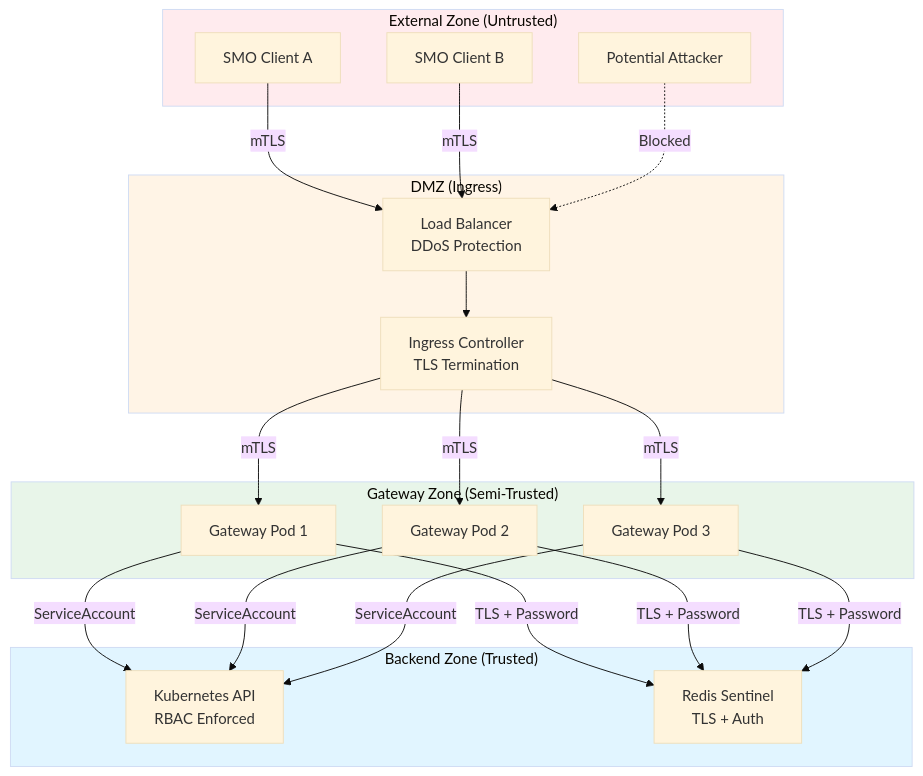
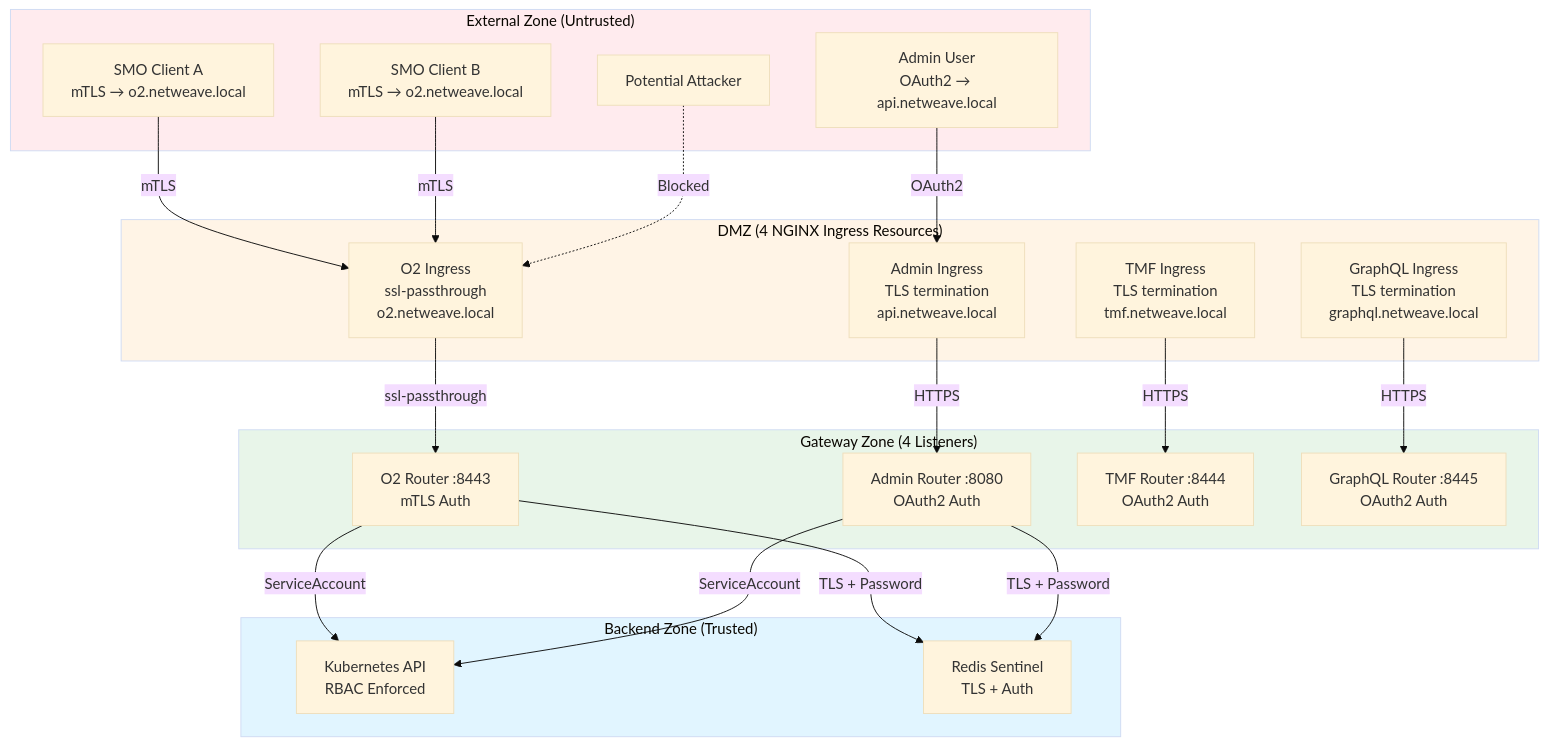
The third of 7 diagrams in docs/security/architecture.md (piwi3910/netweave), drawn with Mermaid (base theme) before and after one commit. The commit also changed other lines of this file and 7 other files, not shown here.

First line of the commit message:
[Docs] Update documentation for multi-port gateway architecture

````diff
--- a/docs/security/architecture.md
+++ b/docs/security/architecture.md
@@ -182,43 +201,46 @@
 ```mermaid
 graph TB
     subgraph External["External Zone (Untrusted)"]
-        SMO1[SMO Client A]
-        SMO2[SMO Client B]
+        SMO1[SMO Client A<br/>mTLS → o2.netweave.local]
+        SMO2[SMO Client B<br/>mTLS → o2.netweave.local]
+        AdminUser[Admin User<br/>OAuth2 → api.netweave.local]
         Attacker[Potential Attacker]
     end
 
-    subgraph DMZ["DMZ (Ingress)"]
-        Ingress[Ingress Controller<br/>TLS Termination]
-        LB[Load Balancer<br/>DDoS Protection]
+    subgraph DMZ["DMZ (4 NGINX Ingress Resources)"]
+        IngressO2[O2 Ingress<br/>ssl-passthrough<br/>o2.netweave.local]
+        IngressAdmin[Admin Ingress<br/>TLS termination<br/>api.netweave.local]
+        IngressTMF[TMF Ingress<br/>TLS termination<br/>tmf.netweave.local]
+        IngressGQL[GraphQL Ingress<br/>TLS termination<br/>graphql.netweave.local]
     end
 
-    subgraph Gateway["Gateway Zone (Semi-Trusted)"]
-        GW1[Gateway Pod 1]
-        GW2[Gateway Pod 2]
-        GW3[Gateway Pod 3]
+    subgraph Gateway["Gateway Zone (4 Listeners)"]
+        O2Port[O2 Router :8443<br/>mTLS Auth]
+        AdminPort[Admin Router :8080<br/>OAuth2 Auth]
+        TMFPort[TMF Router :8444<br/>OAuth2 Auth]
+        GQLPort[GraphQL Router :8445<br/>OAuth2 Auth]
     end
 
     subgraph Backend["Backend Zone (Trusted)"]
         K8s[Kubernetes API<br/>RBAC Enforced]
         Redis[Redis Sentinel<br/>TLS + Auth]
     end
 
-    SMO1 -->|mTLS| LB
-    SMO2 -->|mTLS| LB
-    Attacker -.->|Blocked| LB
-    LB --> Ingress
-    Ingress -->|mTLS| GW1
-    Ingress -->|mTLS| GW2
-    Ingress -->|mTLS| GW3
-    GW1 -->|ServiceAccount| K8s
-    GW2 -->|ServiceAccount| K8s
-    GW3 -->|ServiceAccount| K8s
-    GW1 -->|TLS + Password| Redis
-    GW2 -->|TLS + Password| Redis
-    GW3 -->|TLS + Password| Redis
+    SMO1 -->|mTLS| IngressO2
+    SMO2 -->|mTLS| IngressO2
+    AdminUser -->|OAuth2| IngressAdmin
+    Attacker -.->|Blocked| IngressO2
+    IngressO2 -->|ssl-passthrough| O2Port
+    IngressAdmin -->|HTTPS| AdminPort
+    IngressTMF -->|HTTPS| TMFPort
+    IngressGQL -->|HTTPS| GQLPort
+    O2Port -->|ServiceAccount| K8s
+    AdminPort -->|ServiceAccount| K8s
+    O2Port -->|TLS + Password| Redis
+    AdminPort -->|TLS + Password| Redis
 
     style External fill:#ffebee
     style DMZ fill:#fff4e6
     style Gateway fill:#e8f5e9
     style Backend fill:#e1f5ff
 ```
````
